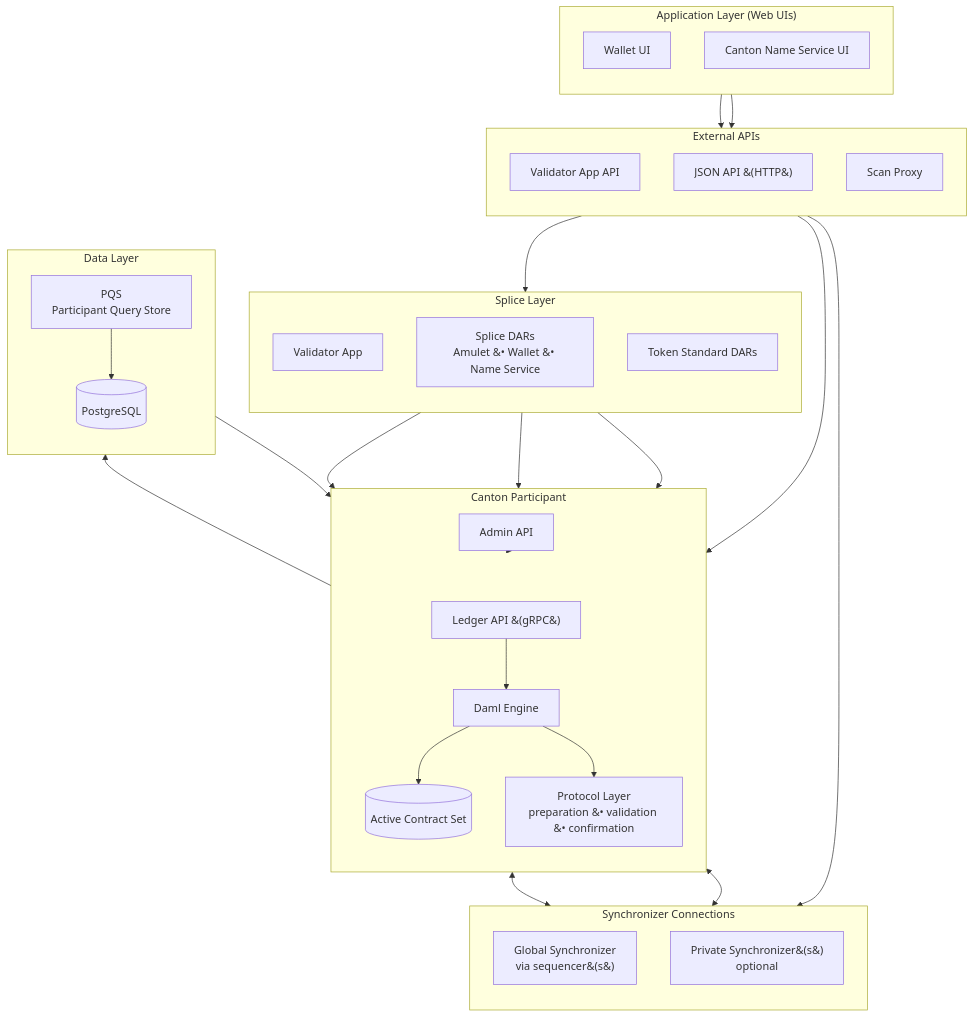
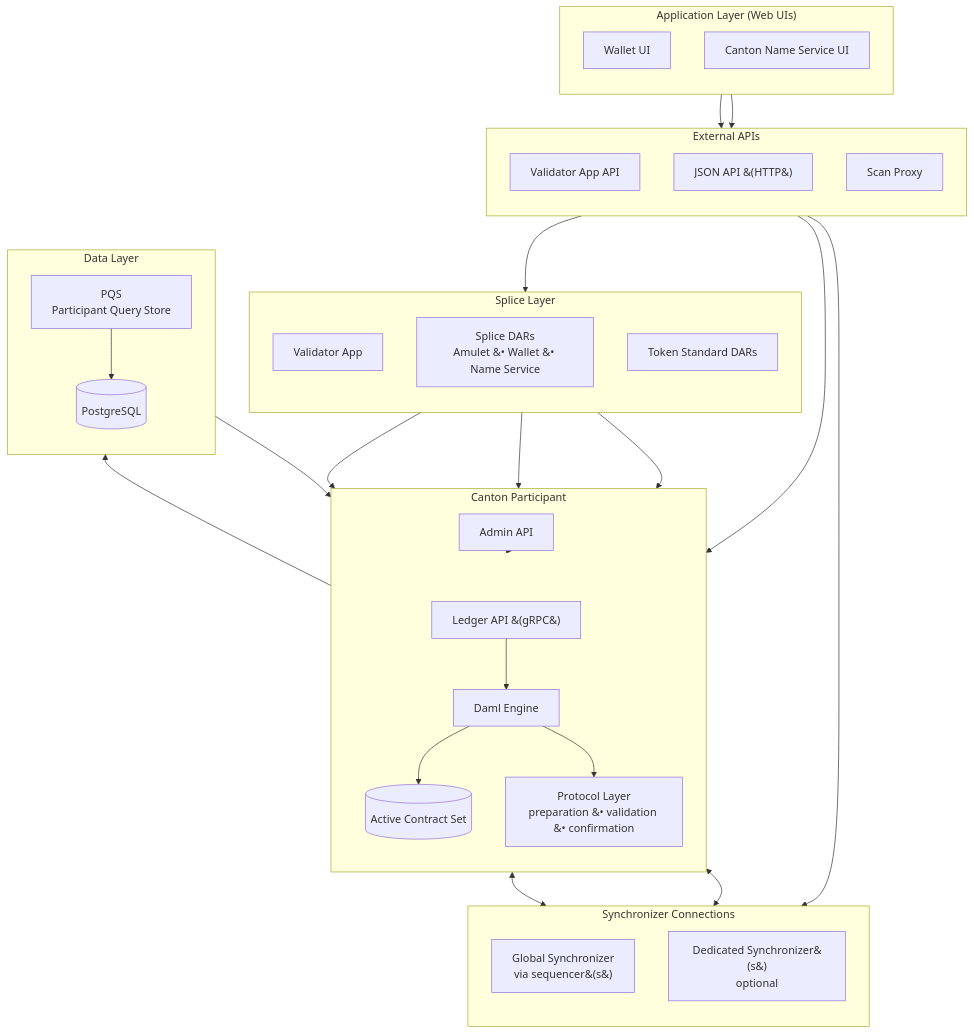
The diagram in docs-main/overview/reference/validator-node-components.mdx (canton-network/cf-docs), drawn with Mermaid before and after one commit. The commit also changed other lines of this file and 20 other files, not shown here.

Commit message:
update to reflect dedicated synchronizer terminology

````diff
--- a/docs-main/overview/reference/validator-node-components.mdx
+++ b/docs-main/overview/reference/validator-node-components.mdx
@@ -10,61 +10,61 @@
 ```mermaid
 flowchart TB
     subgraph UI["Application Layer (Web UIs)"]
         direction TB
         WUI[Wallet UI]
         CNSUI[Canton Name Service UI]
     end
 
     subgraph APIS["External APIs"]
         direction TB
         VALAPI[Validator App API]
         JAPI[JSON API &#40;HTTP&#41;]
         SCANP[Scan Proxy]
     end
 
     subgraph SPLICE["Splice Layer"]
         direction TB
         VAPP[Validator App]
         SDARS[Splice DARs<br>Amulet &#8226; Wallet &#8226; Name Service]
         TSDARS[Token Standard DARs]
     end
 
     subgraph PARTICIPANT["Canton Participant"]
         direction TB
         LAPI[Ledger API &#40;gRPC&#41;]
         AAPI[Admin API]
         ENGINE[Daml Engine]
         ACS[(Active Contract Set)]
         PROTO[Protocol Layer<br>preparation &#8226; validation &#8226; confirmation]
     end
 
     subgraph DATA["Data Layer"]
         direction TB
         PQS[PQS<br>Participant Query Store]
         PG[(PostgreSQL)]
     end
 
     subgraph SYNC["Synchronizer Connections"]
         direction TB
         GS[Global Synchronizer<br>via sequencer&#40;s&#41;]
-        PS[Private Synchronizer&#40;s&#41;<br>optional]
+        PS[Dedicated Synchronizer&#40;s&#41;<br>optional]
     end
 
     WUI --> VALAPI
     CNSUI --> VALAPI
     VALAPI --> VAPP
     VAPP --> LAPI
     SDARS --> ENGINE
     TSDARS --> ENGINE
     LAPI --> ENGINE
     JAPI --> LAPI
     PQS --> LAPI
     ENGINE --> ACS
     ENGINE --> PROTO
     AAPI --> PARTICIPANT
     PARTICIPANT --> PG
     PQS --> PG
     PROTO <--> GS
     PROTO <--> PS
     SCANP --> GS
 ```
````
